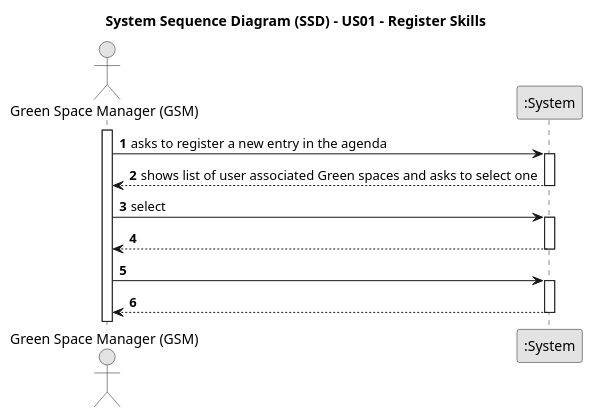
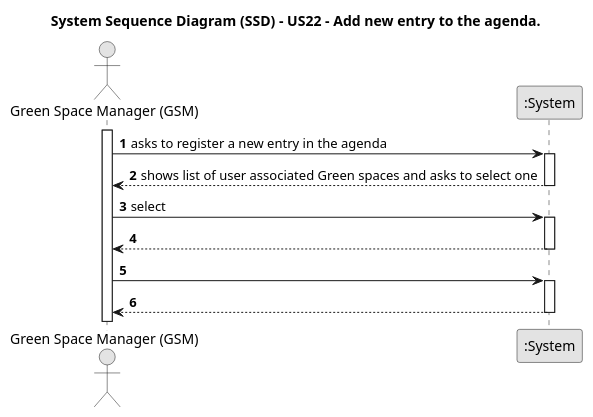
The diagram in docs/sprint3/us22/01.requirements-engineering/puml/us22-system-sequence-diagram.puml (Departamento-de-Engenharia-Informatica/lei-24-s2-1db-g022), drawn with PlantUML before and after one commit.

```diff
--- a/docs/sprint3/us22/01.requirements-engineering/puml/us22-system-sequence-diagram.puml
+++ b/docs/sprint3/us22/01.requirements-engineering/puml/us22-system-sequence-diagram.puml
@@ -1,35 +1,35 @@
 @startuml
 skinparam monochrome true
 skinparam packageStyle rectangle
 skinparam shadowing false
 
-title System Sequence Diagram (SSD) - US01 - Register Skills
+title System Sequence Diagram (SSD) - US22 - Add new entry to the agenda.
 
 autonumber
 
 actor "Green Space Manager (GSM)" as GSM
 participant ":System" as System
 
 activate GSM
 
     GSM -> System : asks to register a new entry in the agenda
     activate System
 
         System --> GSM : shows list of user associated Green spaces and asks to select one
     deactivate System
 
-    GSM->System: select
+    GSM->System: select 
     activate System
 
         System --> GSM :
 
     deactivate System
 
 
     GSM -> System :
     activate System
 
         System --> GSM :
     deactivate System
 
 @enduml
```
